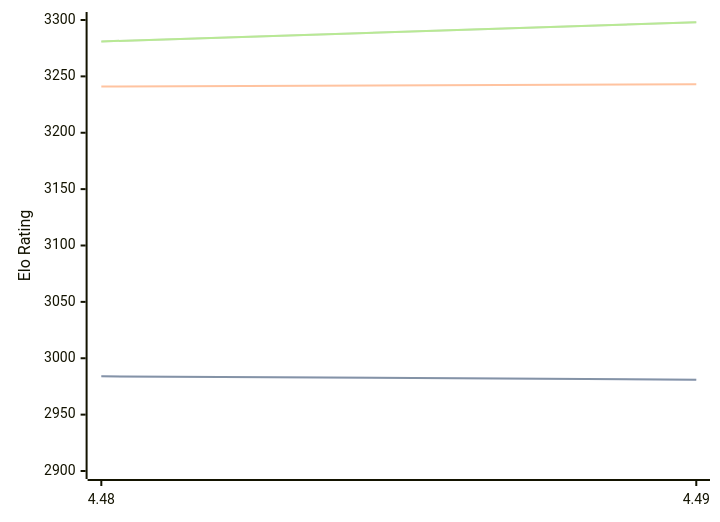
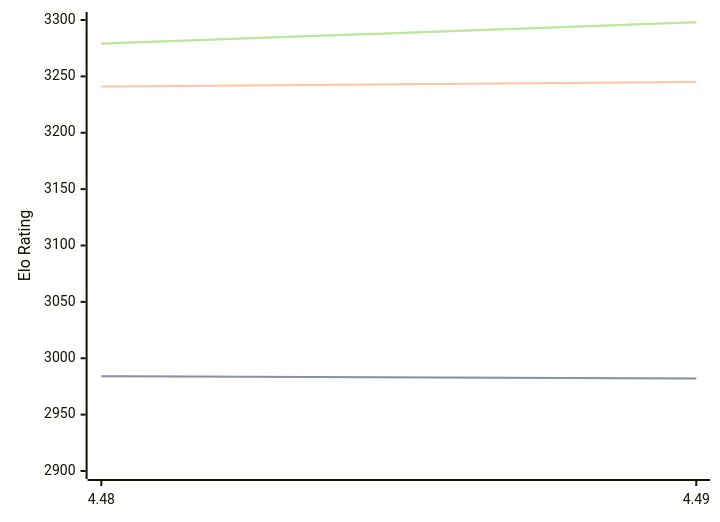
Before and after one commit to computer-chess-index/cci: the diagram in engines/Cheng4.md, drawn with Mermaid. The commit also changed other lines of this file, not shown here.

Commit message:
Update CCI Ratings (ELO VLTC) - 2026-09-15

````diff
--- a/engines/Cheng4.md
+++ b/engines/Cheng4.md
@@ -32,11 +32,11 @@
 ```mermaid
 %%{init: {"theme":"base","themeVariables":{"seriesColors:['#a3a3a3','#222221','#faa371']}}}%%
 xychart-beta
   x-axis ["4.48", "4.49"]
   y-axis "Elo Rating" 2900 --> 3300
-  line "" [2984, 2981]
-  line "STC (8.0+0.08s)" [2984, 2981]
-  line "LTC (60.0+0.60s)" [3241, 3243]
-  line "" [3281, 3298]
-  line "VLTC (2m24s+1.12s)" [3281, 3298]
+  line "" [2984, 2982]
+  line "STC (8.0+0.08s)" [2984, 2982]
+  line "LTC (60.0+0.60s)" [3241, 3245]
+  line "" [3279, 3298]
+  line "VLTC (2m24s+1.12s)" [3279, 3298]
 ```
````
